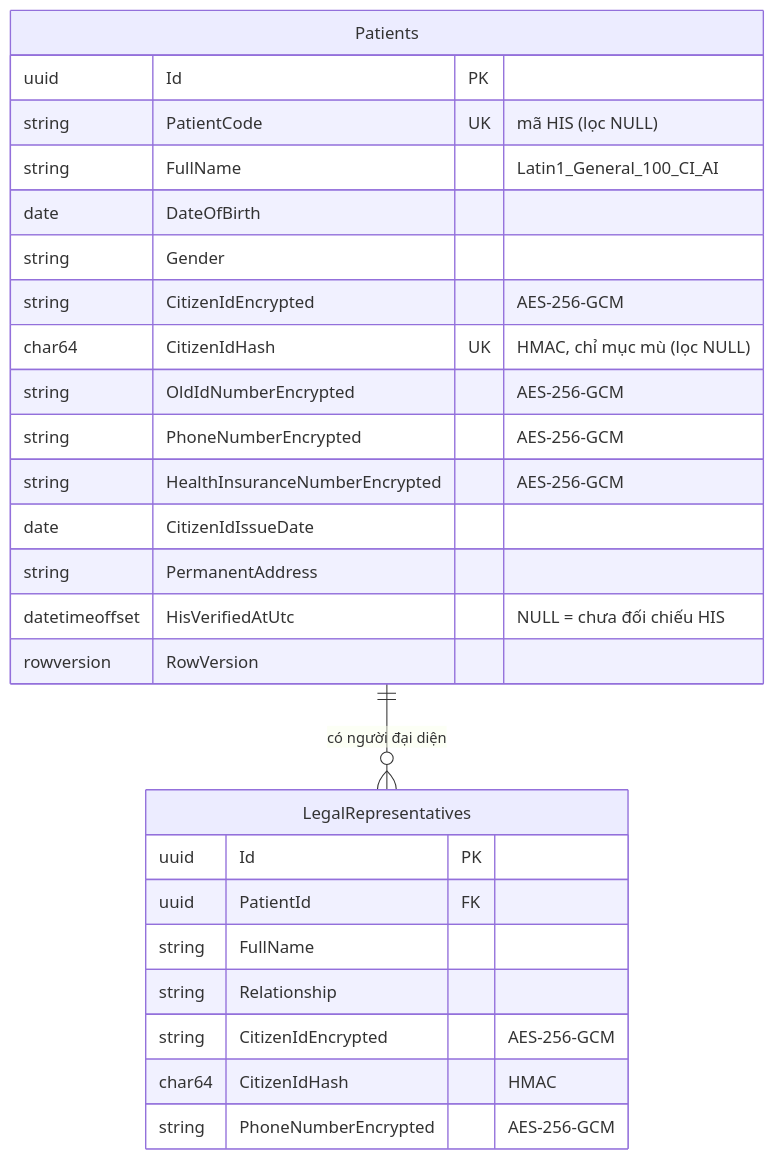
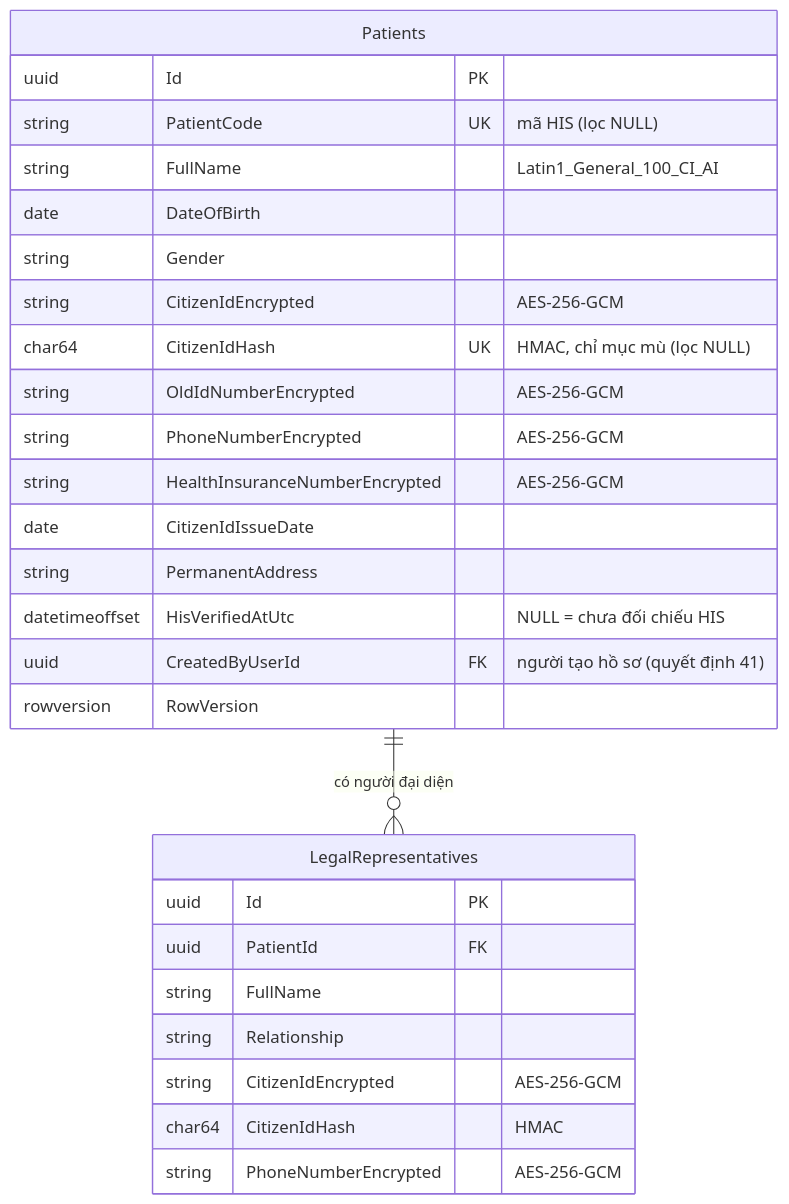
The fourth of 8 diagrams in docs/kien-truc.md (phuchaubth/bth-bekp), drawn with Mermaid before and after one commit. The commit also changed other lines of this file and 24 other files, not shown here.

First line of the commit message:
Người bệnh chia theo khoa (quyết định 41, sửa lại 325244d)

````diff
--- a/docs/kien-truc.md
+++ b/docs/kien-truc.md
@@ -216,30 +216,31 @@
 ```mermaid
 erDiagram
     Patients ||--o{ LegalRepresentatives : "có người đại diện"
 
     Patients {
         uuid Id PK
         string PatientCode UK "mã HIS (lọc NULL)"
         string FullName "Latin1_General_100_CI_AI"
         date DateOfBirth
         string Gender
         string CitizenIdEncrypted "AES-256-GCM"
         char64 CitizenIdHash UK "HMAC, chỉ mục mù (lọc NULL)"
         string OldIdNumberEncrypted "AES-256-GCM"
         string PhoneNumberEncrypted "AES-256-GCM"
         string HealthInsuranceNumberEncrypted "AES-256-GCM"
         date CitizenIdIssueDate
         string PermanentAddress
         datetimeoffset HisVerifiedAtUtc "NULL = chưa đối chiếu HIS"
+        uuid CreatedByUserId FK "người tạo hồ sơ (quyết định 41)"
         rowversion RowVersion
     }
     LegalRepresentatives {
         uuid Id PK
         uuid PatientId FK
         string FullName
         string Relationship
         string CitizenIdEncrypted "AES-256-GCM"
         char64 CitizenIdHash "HMAC"
         string PhoneNumberEncrypted "AES-256-GCM"
     }
 ```
````
